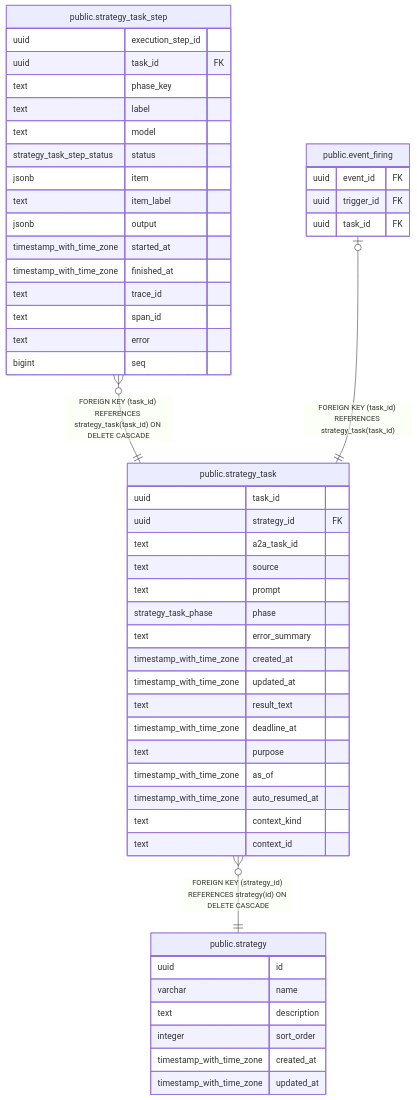
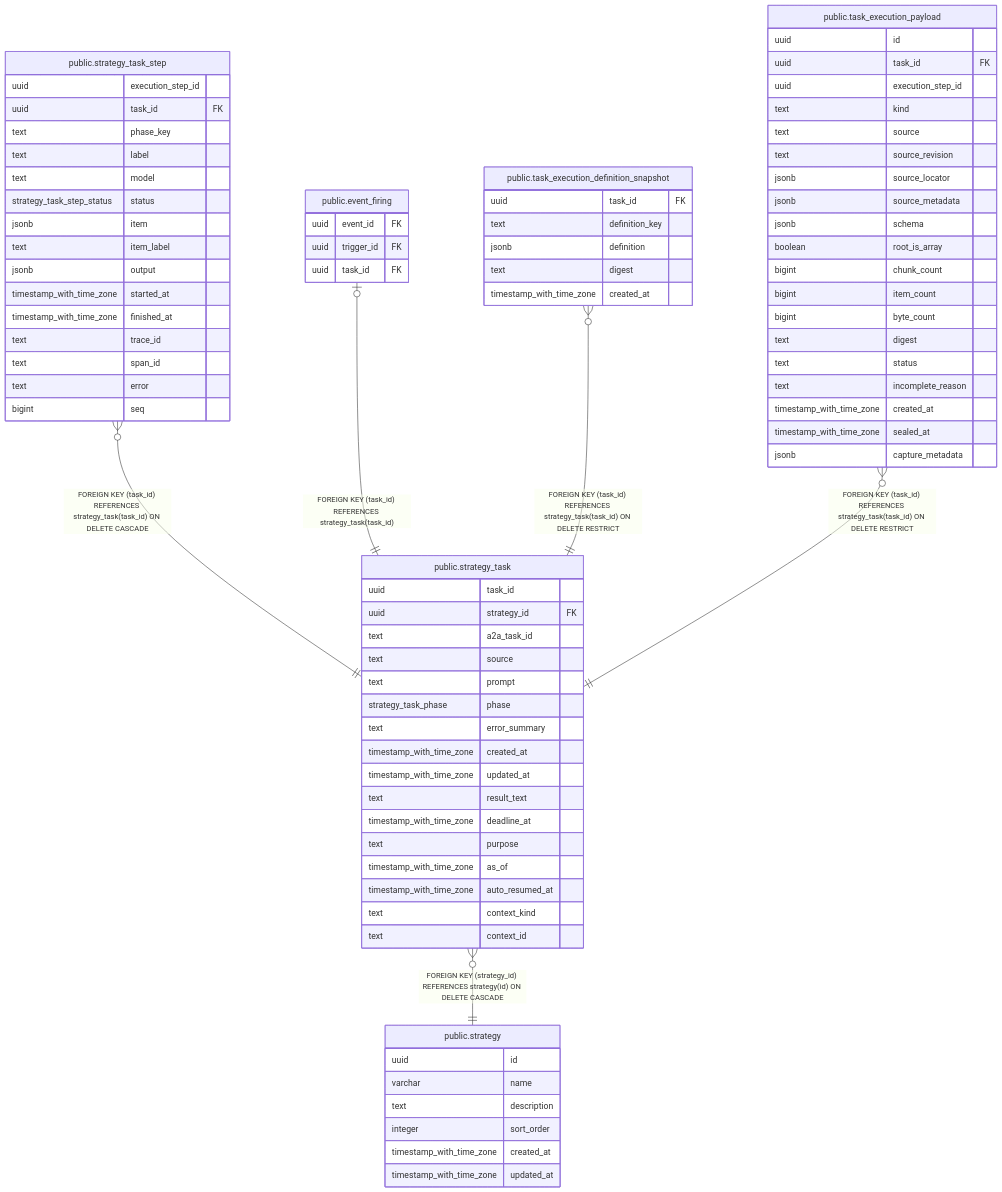
One commit to fohte/t-rader changed the diagram in backend/docs/db/public.strategy_task.md. Above: the diagram before and after it, drawn with Mermaid. The commit also changed other lines of this file and 56 other files, not shown here.

```diff
--- a/backend/docs/db/public.strategy_task.md
+++ b/backend/docs/db/public.strategy_task.md
@@ -57,6 +57,8 @@
 
 "public.strategy_task_step" }o--|| "public.strategy_task" : "FOREIGN KEY (task_id) REFERENCES strategy_task(task_id) ON DELETE CASCADE"
 "public.event_firing" |o--|| "public.strategy_task" : "FOREIGN KEY (task_id) REFERENCES strategy_task(task_id)"
+"public.task_execution_definition_snapshot" }o--|| "public.strategy_task" : "FOREIGN KEY (task_id) REFERENCES strategy_task(task_id) ON DELETE RESTRICT"
+"public.task_execution_payload" }o--|| "public.strategy_task" : "FOREIGN KEY (task_id) REFERENCES strategy_task(task_id) ON DELETE RESTRICT"
 "public.strategy_task" }o--|| "public.strategy" : "FOREIGN KEY (strategy_id) REFERENCES strategy(id) ON DELETE CASCADE"
 
 "public.strategy_task" {
@@ -99,6 +101,34 @@
   uuid trigger_id FK
   uuid task_id FK
 }
+"public.task_execution_definition_snapshot" {
+  uuid task_id FK
+  text definition_key
+  jsonb definition
+  text digest
+  timestamp_with_time_zone created_at
+}
+"public.task_execution_payload" {
+  uuid id
+  uuid task_id FK
+  uuid execution_step_id
+  text kind
+  text source
+  text source_revision
+  jsonb source_locator
+  jsonb source_metadata
+  jsonb schema
+  boolean root_is_array
+  bigint chunk_count
+  bigint item_count
+  bigint byte_count
+  text digest
+  text status
+  text incomplete_reason
+  timestamp_with_time_zone created_at
+  timestamp_with_time_zone sealed_at
+  jsonb capture_metadata
+}
 "public.strategy" {
   uuid id
   varchar name
```
